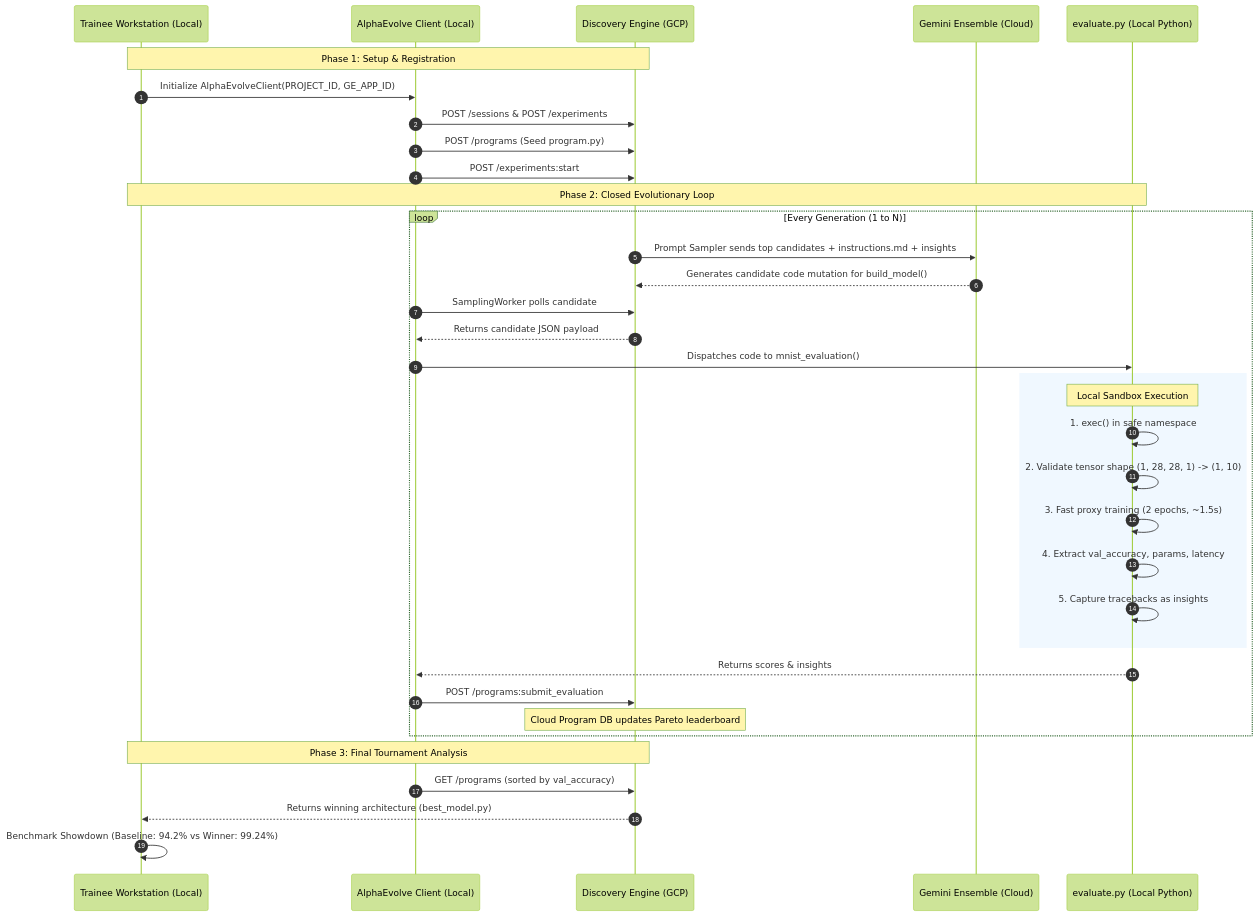
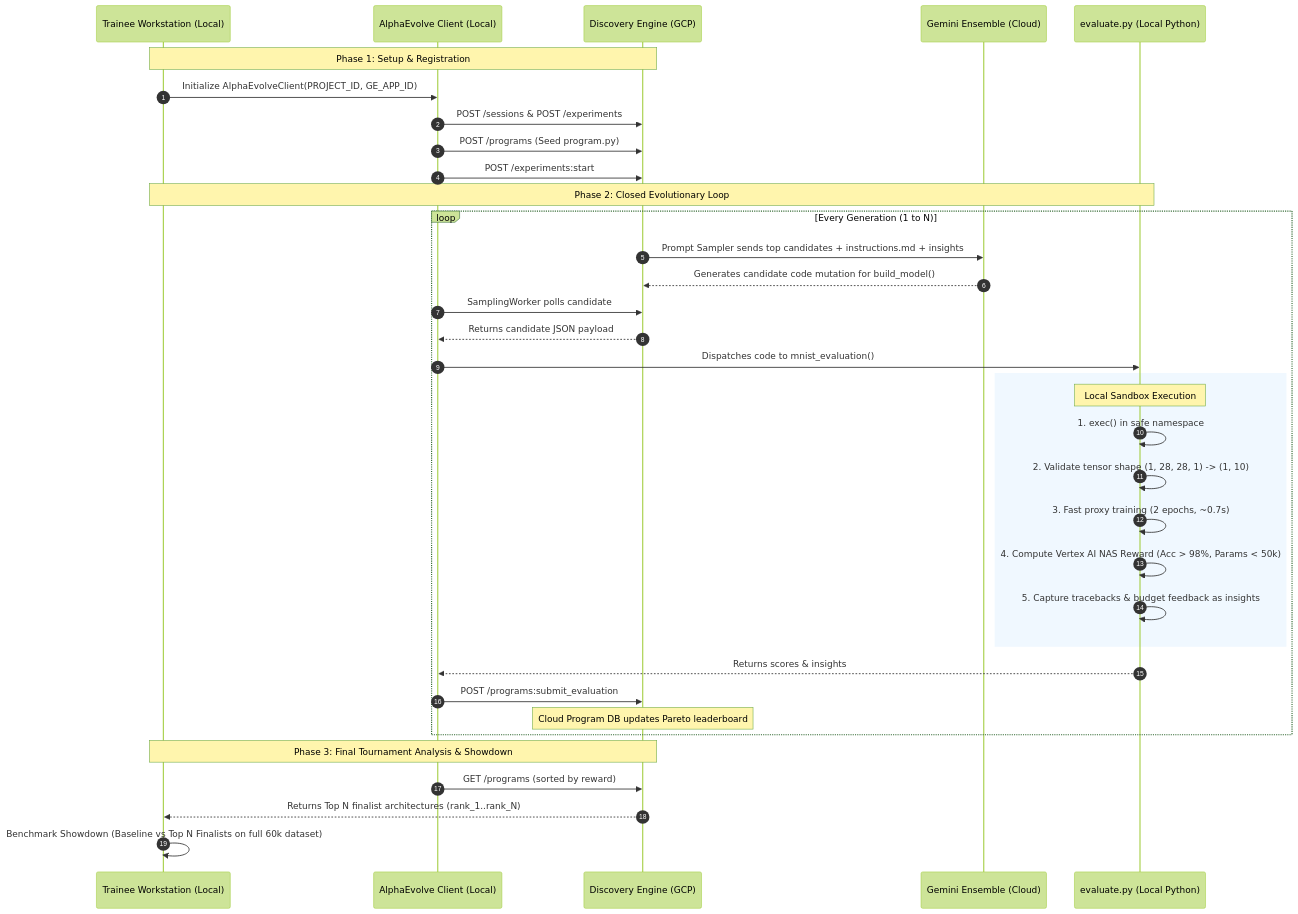
Before and after one commit to hasanrafiq-goog/alpha-evolve-tutorial: the diagram in README.md, drawn with Mermaid (forest theme). The commit also changed other lines of this file and 13 other files, not shown here.

Commit message:
Add Vertex AI NAS multi-objective reward, configurable constraints, and Top-N finalist benchmarking

````diff
--- a/README.md
+++ b/README.md
@@ -225,42 +226,42 @@
 ```mermaid
 sequenceDiagram
     autonumber
     participant Trainee as Trainee Workstation (Local)
     participant Client as AlphaEvolve Client (Local)
     participant Cloud as Discovery Engine (GCP)
     participant Gemini as Gemini Ensemble (Cloud)
     participant Eval as evaluate.py (Local Python)
 
     Note over Trainee,Cloud: Phase 1: Setup & Registration
     Trainee->>Client: Initialize AlphaEvolveClient(PROJECT_ID, GE_APP_ID)
     Client->>Cloud: POST /sessions & POST /experiments
     Client->>Cloud: POST /programs (Seed program.py)
     Client->>Cloud: POST /experiments:start
 
     Note over Trainee,Eval: Phase 2: Closed Evolutionary Loop
     loop Every Generation (1 to N)
         Cloud->>Gemini: Prompt Sampler sends top candidates + instructions.md + insights
         Gemini-->>Cloud: Generates candidate code mutation for build_model()
         Client->>Cloud: SamplingWorker polls candidate
         Cloud-->>Client: Returns candidate JSON payload
         Client->>Eval: Dispatches code to mnist_evaluation()
         
         rect rgb(240, 248, 255)
             Note over Eval: Local Sandbox Execution
             Eval->>Eval: 1. exec() in safe namespace
             Eval->>Eval: 2. Validate tensor shape (1, 28, 28, 1) -> (1, 10)
-            Eval->>Eval: 3. Fast proxy training (2 epochs, ~1.5s)
-            Eval->>Eval: 4. Extract val_accuracy, params, latency
-            Eval->>Eval: 5. Capture tracebacks as insights
+            Eval->>Eval: 3. Fast proxy training (2 epochs, ~0.7s)
+            Eval->>Eval: 4. Compute Vertex AI NAS Reward (Acc > 98%, Params < 50k)
+            Eval->>Eval: 5. Capture tracebacks & budget feedback as insights
         end
 
         Eval-->>Client: Returns scores & insights
         Client->>Cloud: POST /programs:submit_evaluation
         Note over Cloud: Cloud Program DB updates Pareto leaderboard
     end
 
-    Note over Trainee,Cloud: Phase 3: Final Tournament Analysis
-    Client->>Cloud: GET /programs (sorted by val_accuracy)
-    Cloud-->>Trainee: Returns winning architecture (best_model.py)
-    Trainee->>Trainee: Benchmark Showdown (Baseline: 94.2% vs Winner: 99.24%)
+    Note over Trainee,Cloud: Phase 3: Final Tournament Analysis & Showdown
+    Client->>Cloud: GET /programs (sorted by reward)
+    Cloud-->>Trainee: Returns Top N finalist architectures (rank_1..rank_N)
+    Trainee->>Trainee: Benchmark Showdown (Baseline vs Top N Finalists on full 60k dataset)
 ```
````
